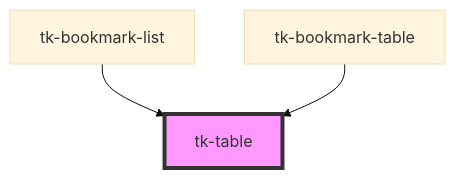
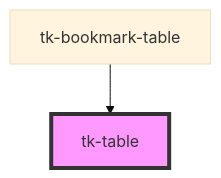
One commit to tomokat/tk-bookmark-app changed the diagram in tk-bookmark/src/components/common/tk-table/readme.md. Above: the diagram before and after it, drawn with Mermaid (base theme). The commit also changed other lines of this file and 5 other files, not shown here.

````diff
--- a/tk-bookmark/src/components/common/tk-table/readme.md
+++ b/tk-bookmark/src/components/common/tk-table/readme.md
@@ -23,6 +23,5 @@
 ```mermaid
 graph TD;
-  tk-bookmark-list --> tk-table
   tk-bookmark-table --> tk-table
   style tk-table fill:#f9f,stroke:#333,stroke-width:4px
 ```
````
